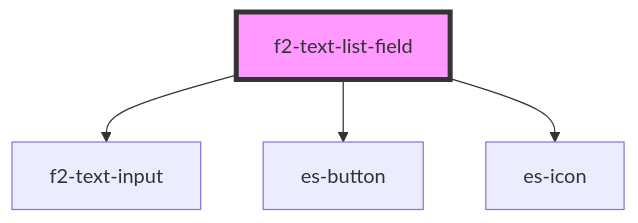
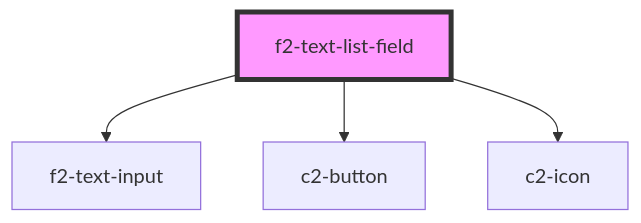
Before and after one commit to EventStore/Design-System: the diagram in packages/fields/src/components/text-list/readme.md, drawn with Mermaid. The commit also changed other lines of this file and 512 other files, not shown here.

````diff
--- a/packages/fields/src/components/text-list/readme.md
+++ b/packages/fields/src/components/text-list/readme.md
@@ -78,7 +78,7 @@
 ```mermaid
 graph TD;
   f2-text-list-field --> f2-text-input
-  f2-text-list-field --> es-button
-  f2-text-list-field --> es-icon
+  f2-text-list-field --> c2-button
+  f2-text-list-field --> c2-icon
   style f2-text-list-field fill:#f9f,stroke:#333,stroke-width:4px
 ```
````
